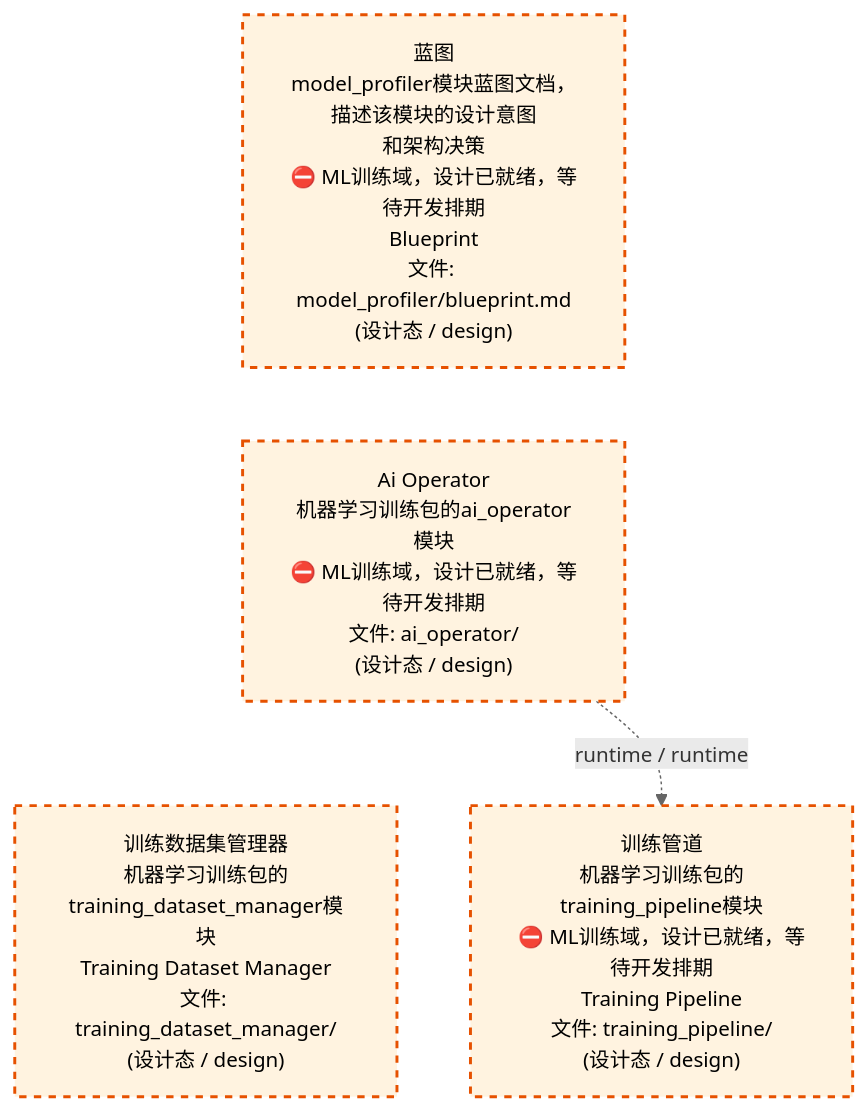
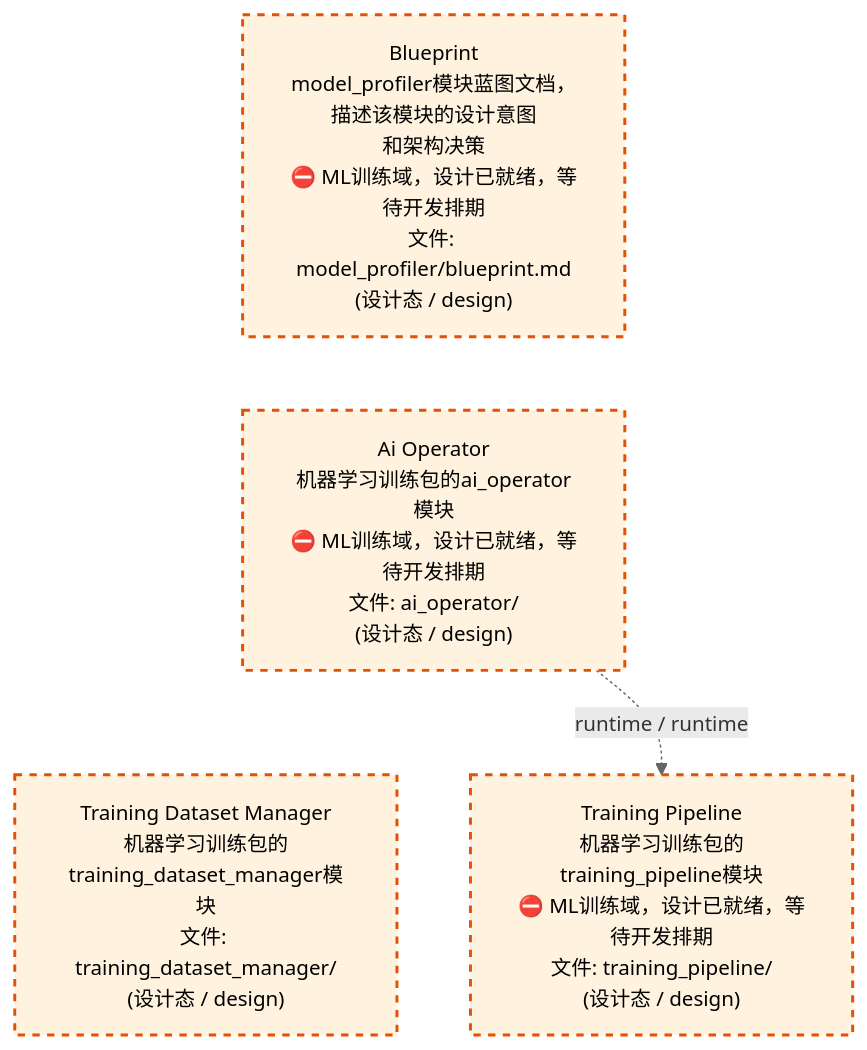
One commit to xuanFelixVan/ZephyrAlpha changed the third of 4 diagrams in docs/02_enterprise_architecture/02_domain_architecture_docs/61_d_ml_train.md. Above: the diagram before and after it, drawn with Mermaid. The commit also changed other lines of this file and 51 other files, not shown here.

````diff
--- a/docs/02_enterprise_architecture/02_domain_architecture_docs/61_d_ml_train.md
+++ b/docs/02_enterprise_architecture/02_domain_architecture_docs/61_d_ml_train.md
@@ -127,16 +127,16 @@
 ```mermaid
 %%{init: {'theme': 'base', 'themeVariables': {'primaryColor': '#eaeaea', 'primaryTextColor': '#333333', 'primaryBorderColor': '#666666', 'lineColor': '#666666', 'secondaryColor': '#eaeaea', 'tertiaryColor': '#eaeaea', 'fontSize': '14px'}}}%%
 flowchart TD
-    docs_03_modules_cross_layer_model_profiler_blueprint_md["蓝图<br/>model_profiler模块蓝图文档，描述该模块的设计意图<br/>和架构决策<br/>⛔ ML训练域，设计已就绪，等待开发排期<br/>Blueprint<br/>文件: model_profiler/blueprint.md<br/>(设计态 / design)"]
+    docs_03_modules_cross_layer_model_profiler_blueprint_md["Blueprint<br/>model_profiler模块蓝图文档，描述该模块的设计意图<br/>和架构决策<br/>⛔ ML训练域，设计已就绪，等待开发排期<br/>文件: model_profiler/blueprint.md<br/>(设计态 / design)"]
     src_zephyr_ml_train_ai_operator["Ai Operator<br/>机器学习训练包的ai_operator模块<br/>⛔ ML训练域，设计已就绪，等待开发排期<br/>文件: ai_operator/<br/>(设计态 / design)"]
-    src_zephyr_ml_train_training_dataset_manager["训练数据集管理器<br/>机器学习训练包的training_dataset_manager模块<br/>Training Dataset Manager<br/>文件: training_dataset_manager/<br/>(设计态 / design)"]
+    src_zephyr_ml_train_training_dataset_manager["Training Dataset Manager<br/>机器学习训练包的training_dataset_manager模块<br/>文件: training_dataset_manager/<br/>(设计态 / design)"]
     docs_03_modules_cross_layer_model_profiler_blueprint_md ~~~ src_zephyr_ml_train_ai_operator
     src_zephyr_ml_train_ai_operator ~~~ src_zephyr_ml_train_training_dataset_manager
-    src_zephyr_ml_train_training_pipeline["训练管道<br/>机器学习训练包的training_pipeline模块<br/>⛔ ML训练域，设计已就绪，等待开发排期<br/>Training Pipeline<br/>文件: training_pipeline/<br/>(设计态 / design)"]
+    src_zephyr_ml_train_training_pipeline["Training Pipeline<br/>机器学习训练包的training_pipeline模块<br/>⛔ ML训练域，设计已就绪，等待开发排期<br/>文件: training_pipeline/<br/>(设计态 / design)"]
     src_zephyr_ml_train_ai_operator -.->|runtime / runtime| src_zephyr_ml_train_training_pipeline
     classDef production fill:#e1f5fe,stroke:#01579b,stroke-width:2px,color:#000
     classDef design fill:#fff3e0,stroke:#e65100,stroke-width:2px,color:#000,stroke-dasharray: 5 5
     classDef external_prod fill:#e8f4fd,stroke:#0277bd,stroke-width:1px,color:#000
     classDef external_design fill:#fff8e7,stroke:#ef6c00,stroke-width:1px,color:#000,stroke-dasharray: 5 5
     class docs_03_modules_cross_layer_model_profiler_blueprint_md,src_zephyr_ml_train_ai_operator,src_zephyr_ml_train_training_dataset_manager,src_zephyr_ml_train_training_pipeline design
 ```
````
